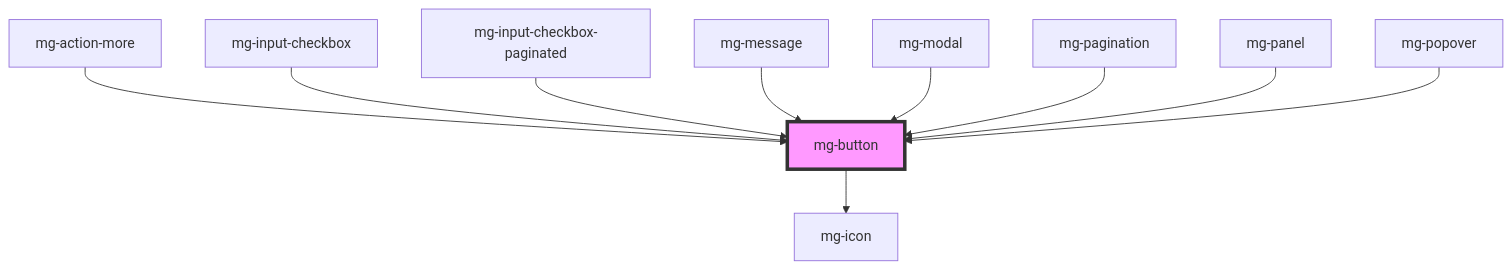
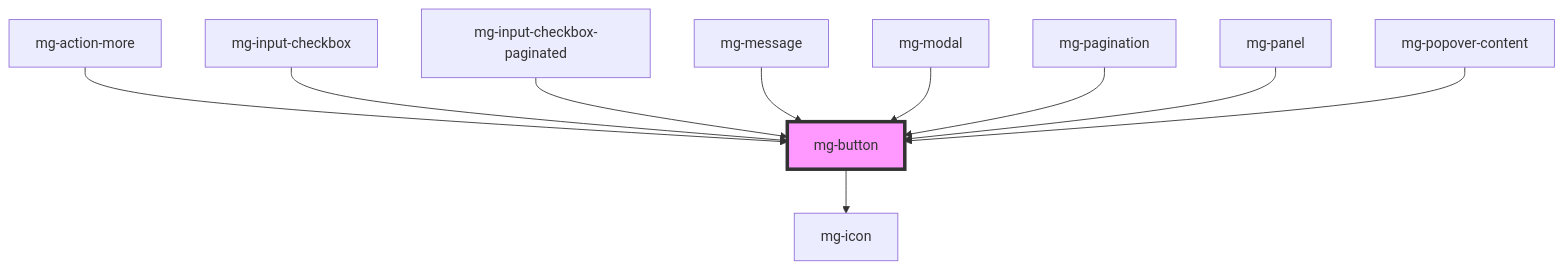
Before and after one commit to MGDIS/core-ui: the diagram in packages/mg-components/src/components/atoms/mg-button/readme.md, drawn with Mermaid. The commit also changed other lines of this file and 28 other files, not shown here.

First line of the commit message:
fix(mgPopover): create mg-popover-content component to improver popover a11y

````diff
--- a/packages/mg-components/src/components/atoms/mg-button/readme.md
+++ b/packages/mg-components/src/components/atoms/mg-button/readme.md
@@ -107,13 +107,13 @@
 ```mermaid
 graph TD;
   mg-button --> mg-icon
   mg-action-more --> mg-button
   mg-input-checkbox --> mg-button
   mg-input-checkbox-paginated --> mg-button
   mg-message --> mg-button
   mg-modal --> mg-button
   mg-pagination --> mg-button
   mg-panel --> mg-button
-  mg-popover --> mg-button
+  mg-popover-content --> mg-button
   style mg-button fill:#f9f,stroke:#333,stroke-width:4px
 ```
````
